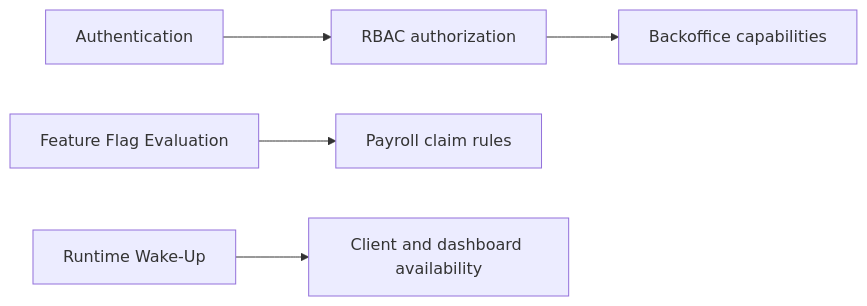
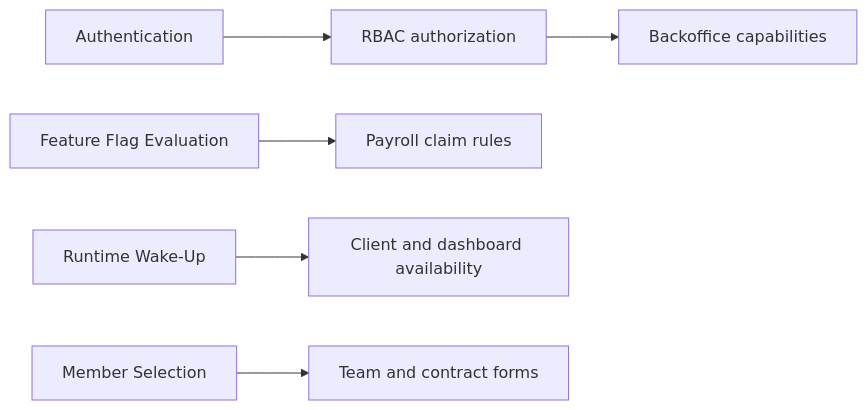
One commit to globe-and-citizen/cnc-portal changed the diagram in docs/implementation/README.md. Above: the diagram before and after it, drawn with Mermaid. The commit also changed other lines of this file and 3 other files, not shown here.

Commit message:
docs: 📝 document shared member selection

````diff
--- a/docs/implementation/README.md
+++ b/docs/implementation/README.md
@@ -17,7 +17,8 @@
 ```mermaid
 flowchart LR
   auth[Authentication] --> rbac[RBAC authorization]
   rbac --> backoffice[Backoffice capabilities]
   flags[Feature Flag Evaluation] --> payroll[Payroll claim rules]
   wake[Runtime Wake-Up] --> client[Client and dashboard availability]
+  selection[Member Selection] --> forms[Team and contract forms]
 ```
````
